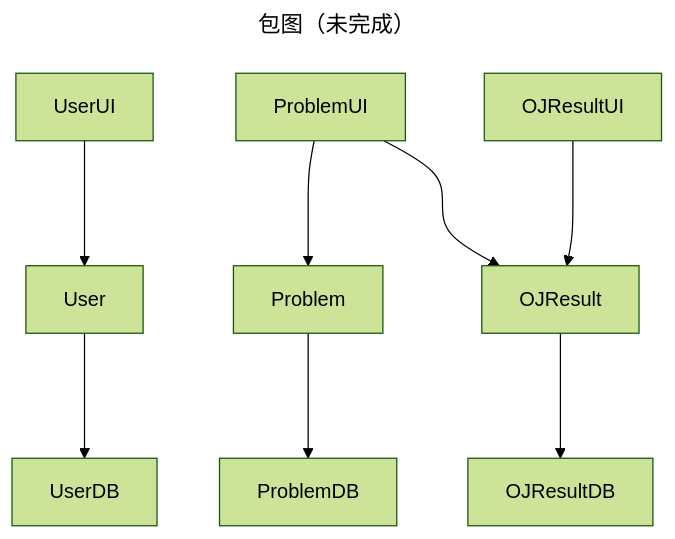
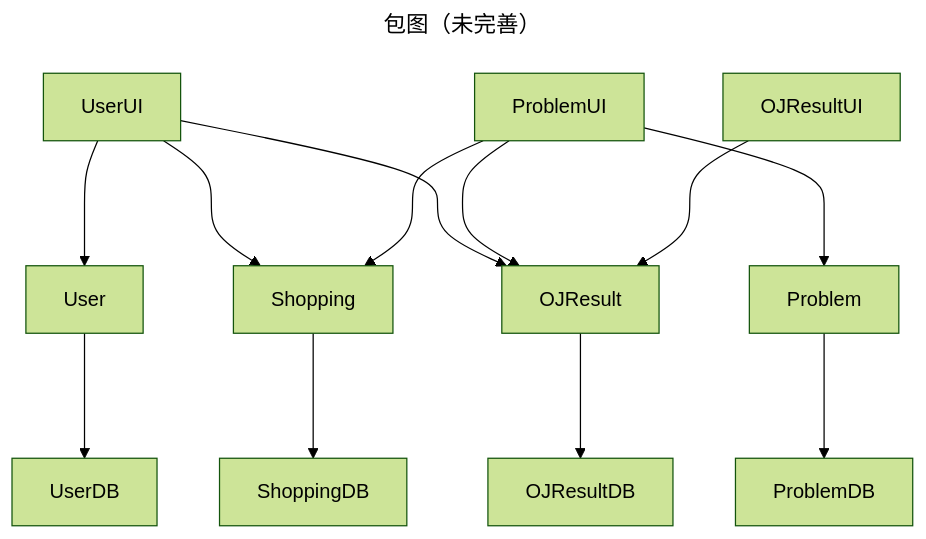
Before and after one commit to TwinklerG/supercode-doc: the first of 3 diagrams in README.md, drawn with Mermaid (forest theme). The commit also changed other lines of this file, not shown here.

````diff
--- a/README.md
+++ b/README.md
@@ -3,22 +3,28 @@
 ```mermaid
 ---
-title: 包图（未完成）
+title: 包图（未完善）
 ---
 graph
 A["UserUI"]
 B["ProblemUI"]
 C["OJResultUI"]
 D["User"]
 E["Problem"]
 F["OJResult"]
-G["UserDB"]
-H["ProblemDB"]
-I["OJResultDB"]
+G["Shopping"]
+H["UserDB"]
+I["ProblemDB"]
+J["OJResultDB"]
+K["ShoppingDB"]
 A--->D
 B--->E
+B--->G
+A--->G
 C--->F
 B--->F
-D--->G
-E--->H
-F--->I
+D--->H
+E--->I
+F--->J
+G--->K
+A--->F
 ```
````
